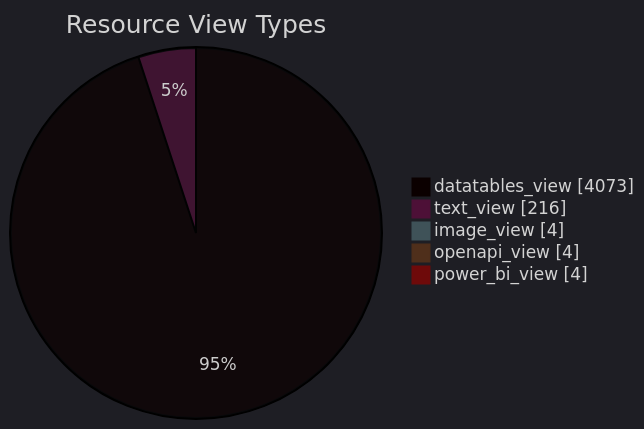
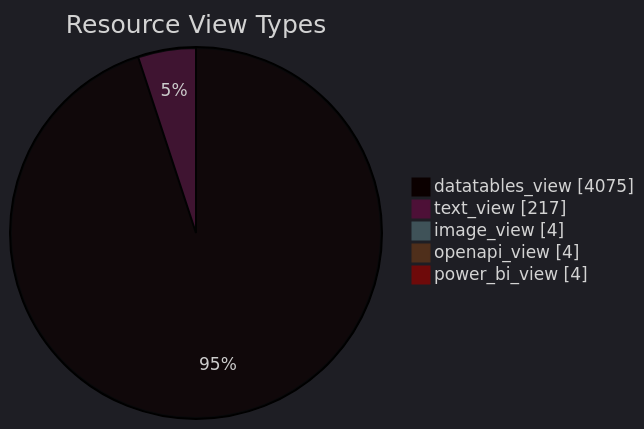
The diagram in datastore_tracker/resource_view_types_pie_chart.md (open-data/analytics-corporate-reporting), drawn with Mermaid before and after one commit. The commit also changed 8 other files, not shown here.

````diff
--- a/datastore_tracker/resource_view_types_pie_chart.md
+++ b/datastore_tracker/resource_view_types_pie_chart.md
@@ -2,12 +2,12 @@
 ```mermaid
 ---
 config:
   theme: dark
 ---
 pie showData title Resource View Types
-    "datatables_view": 4073
-    "text_view": 216
+    "datatables_view": 4075
+    "text_view": 217
     "image_view": 4
     "openapi_view": 4
     "power_bi_view": 4
 ```
````
